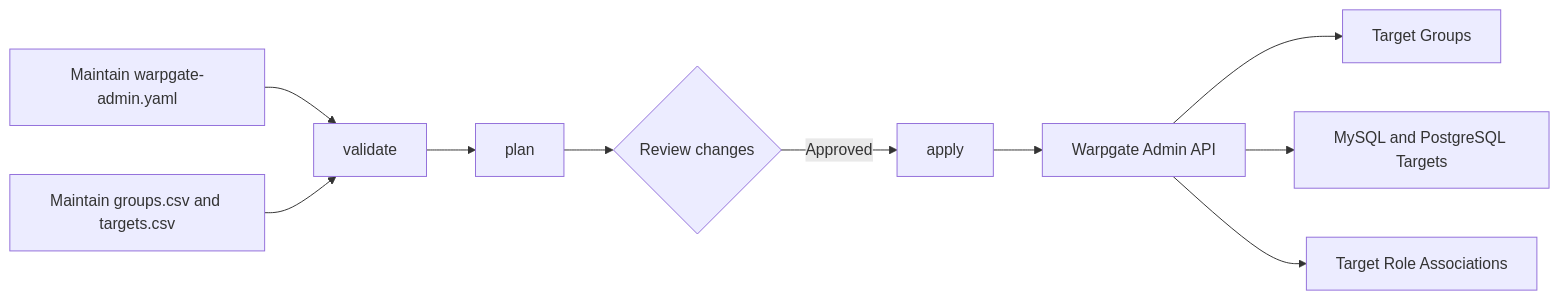
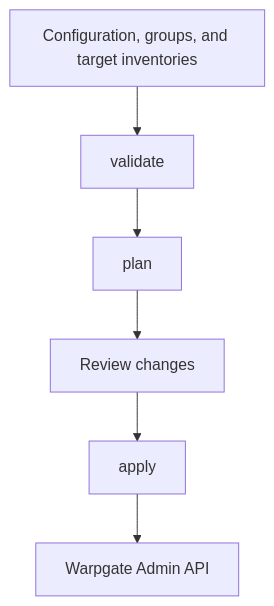
Before and after one commit to onemore5s/warpgate-admin: the diagram in README.md, drawn with Mermaid. The commit also changed other lines of this file and 6 other files, not shown here.

````diff
--- a/README.md
+++ b/README.md
@@ -19,12 +28,8 @@
 ```mermaid
-flowchart LR
-    A[Maintain warpgate-admin.yaml] --> C[validate]
-    B[Maintain groups.csv and targets.csv] --> C
-    C --> D[plan]
-    D --> E{Review changes}
-    E -->|Approved| F[apply]
-    F --> G[Warpgate Admin API]
-    G --> H[Target Groups]
-    G --> I[MySQL and PostgreSQL Targets]
-    G --> J[Target Role Associations]
+flowchart TD
+    A[Configuration, groups, and target inventories] --> B[validate]
+    B --> C[plan]
+    C --> D[Review changes]
+    D --> E[apply]
+    E --> F[Warpgate Admin API]
 ```
````
